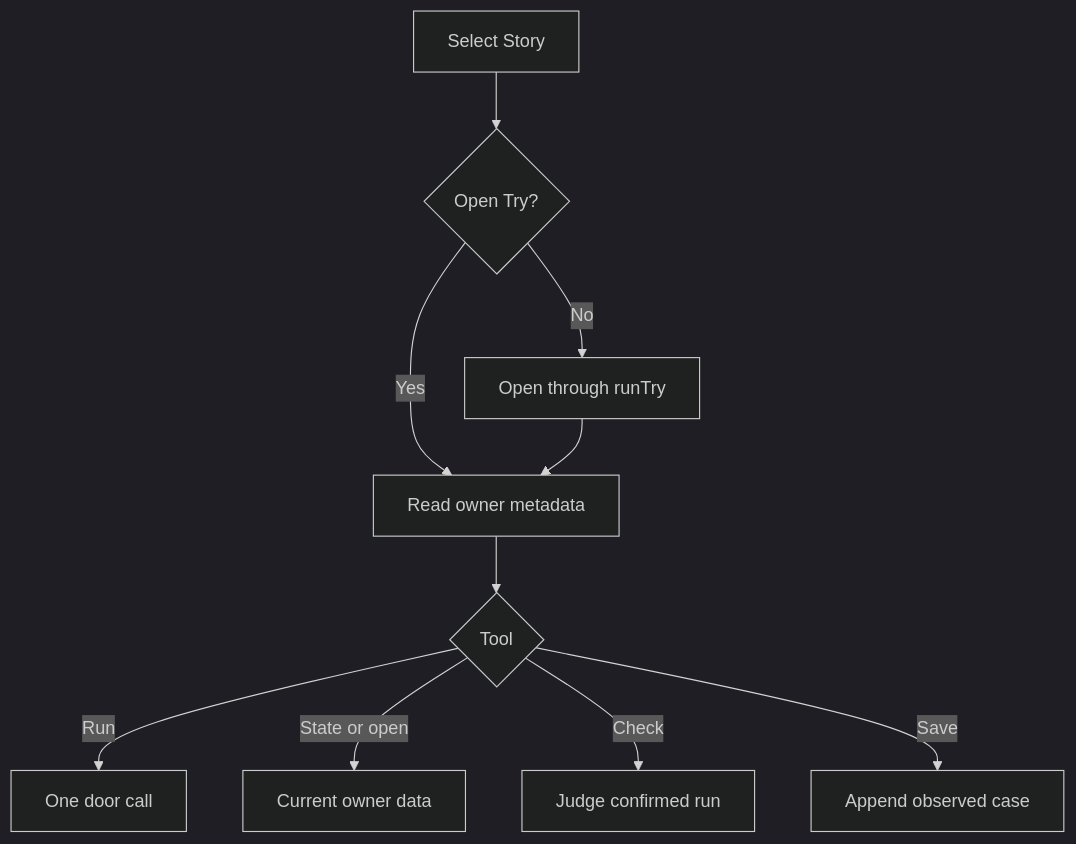
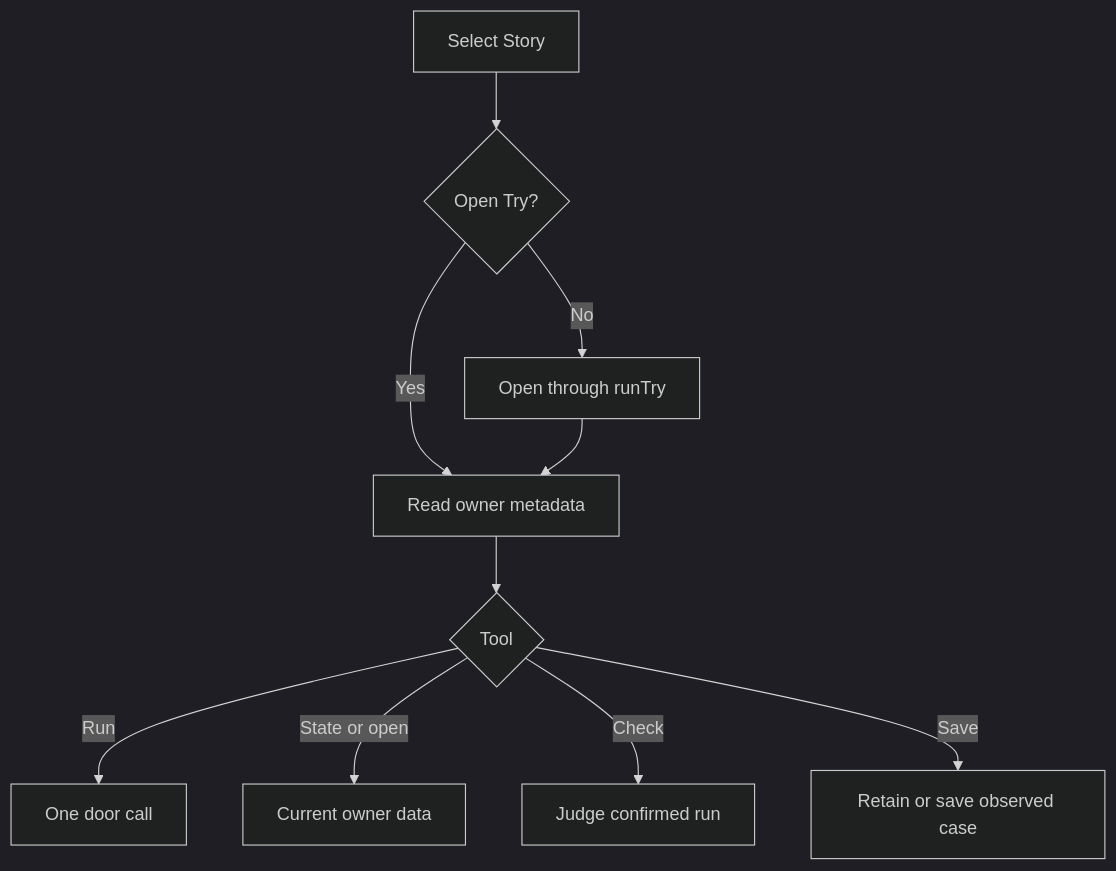
The diagram in prompts/cli/try-mcp.prompt.md (promptdriven/pdd), drawn with Mermaid (dark theme) before and after one commit. The commit also changed other lines of this file and 27 other files, not shown here.

````diff
--- a/prompts/cli/try-mcp.prompt.md
+++ b/prompts/cli/try-mcp.prompt.md
@@ -7,12 +7,12 @@
 ```mermaid
 flowchart TD
  S[Select Story] --> O{Open Try?}
  O -->|No| N[Open through runTry]
  O -->|Yes| R[Read owner metadata]
  N --> R
  R --> V{Tool}
  V -->|Run| C[One door call]
  V -->|State or open| D[Current owner data]
  V -->|Check| J[Judge confirmed run]
- V -->|Save| A[Append observed case]
+ V -->|Save| A[Retain or save observed case]
 ```
````
